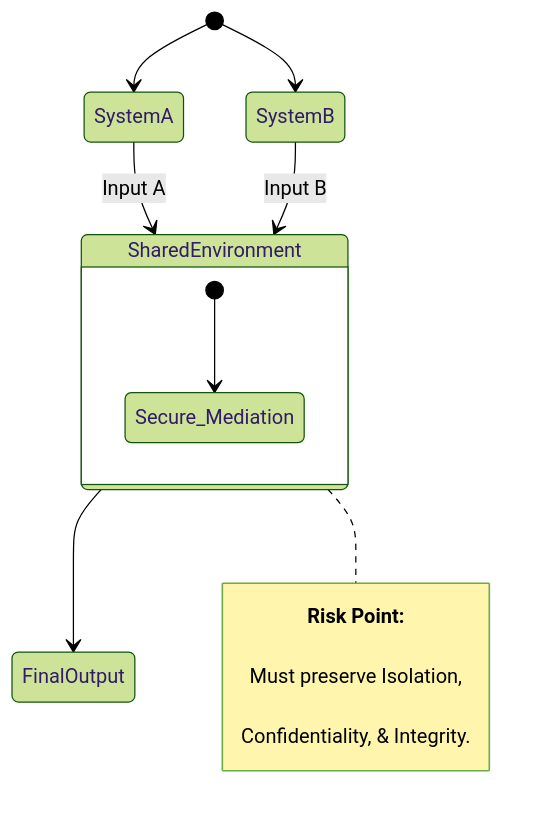
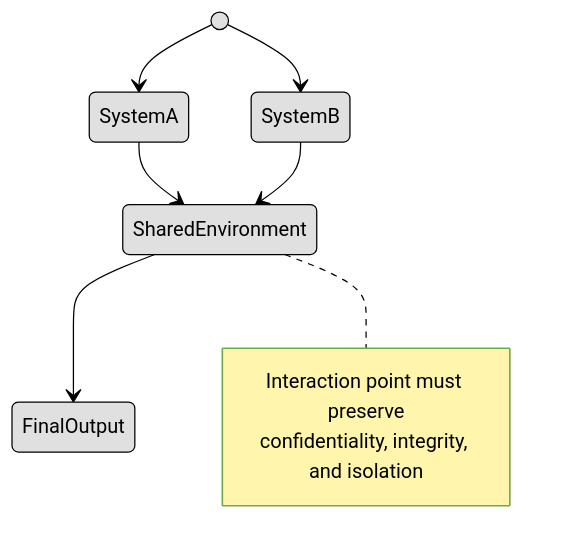
One commit to lorenzoleonelli/CISSP-Zero-to-Hero changed the fourth of 15 diagrams in DOMAIN3: Security Architecture and Engineering/3.02 Understand the fundamental concepts of security models (e.g. Biba, Star Model, Bell Lapadula).md. Above: the diagram before and after it, drawn with Mermaid (forest theme). The commit also changed other lines of this file, not shown here.

````diff
--- a/DOMAIN3: Security Architecture and Engineering/3.02 Understand the fundamental concepts of security models (e.g. Biba, Star Model, Bell Lapadula).md
+++ b/DOMAIN3: Security Architecture and Engineering/3.02 Understand the fundamental concepts of security models (e.g. Biba, Star Model, Bell Lapadula).md
@@ -81,22 +72,17 @@
 ```mermaid
 stateDiagram-v2
-    direction TB
-
-    state SharedEnvironment {
-        [*] --> Secure_Mediation
-    }
-
     [*] --> SystemA
     [*] --> SystemB
-    
-    SystemA --> SharedEnvironment : Input A
-    SystemB --> SharedEnvironment : Input B
-    
+    SystemA --> SharedEnvironment
+    SystemB --> SharedEnvironment
     SharedEnvironment --> FinalOutput
 
     note right of SharedEnvironment
-        <b>Risk Point:</b>
-        <br/>Must preserve Isolation,
-        <br/>Confidentiality, & Integrity.
+      Interaction point must preserve
+      confidentiality, integrity, and isolation
     end note
+
+
+    classDef center fill:#ffffff,color:#000000,stroke:#000000,stroke-width:1px,font-weight:bold
+    classDef node fill:#e0e0e0,color:#000000,stroke:#000000,stroke-width:1px
 ```
````
